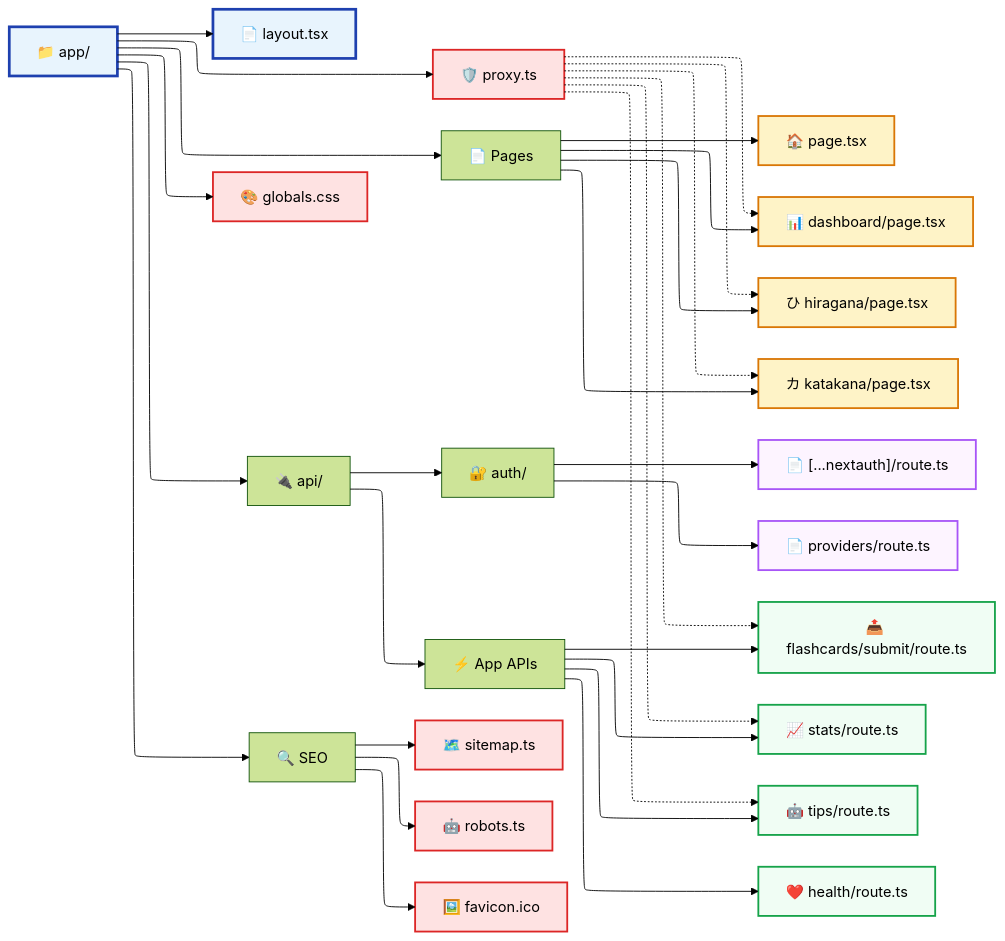
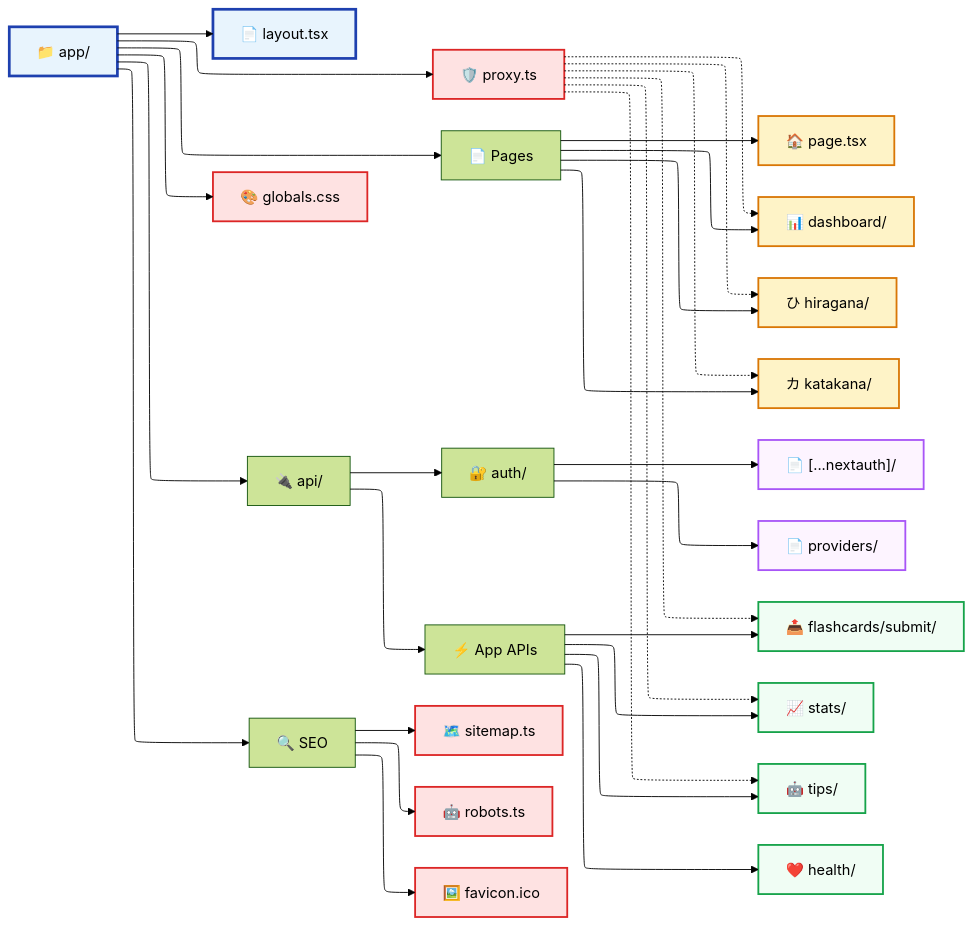
The diagram in docs/mermaid/app.mmd (sakan811/SakuMari), drawn with Mermaid before and after one commit. The commit also changed 3 other files, not shown here.

Commit message:
Update documentation: features and Mermaid diagrams

```diff
--- a/docs/mermaid/app.mmd
+++ b/docs/mermaid/app.mmd
@@ -1,53 +1,53 @@
 ---
 config:
   theme: 'forest'
   defaultRenderer: "elk"
   layout: elk
 ---
 flowchart LR
     AppRoot["📁 app/"]
 
     AppRoot --> RootLayout["📄 layout.tsx"]
     AppRoot --> Proxy["🛡️ proxy.ts"]
     AppRoot --> GlobalCSS["🎨 globals.css"]
 
     AppRoot --> Pages["📄 Pages"]
     Pages --> HomePage["🏠 page.tsx"]
-    Pages --> Dashboard["📊 dashboard/page.tsx"]
-    Pages --> Hiragana["ひ hiragana/page.tsx"]
-    Pages --> Katakana["カ katakana/page.tsx"]
+    Pages --> Dashboard["📊 dashboard/"]
+    Pages --> Hiragana["ひ hiragana/"]
+    Pages --> Katakana["カ katakana/"]
 
     AppRoot --> API["🔌 api/"]
     API --> AuthAPI["🔐 auth/"]
-    AuthAPI --> NextAuth["📄 [...nextauth]/route.ts"]
-    AuthAPI --> Providers["📄 providers/route.ts"]
+    AuthAPI --> NextAuth["📄 [...nextauth]/"]
+    AuthAPI --> Providers["📄 providers/"]
 
     API --> AppAPI["⚡ App APIs"]
-    AppAPI --> SubmitAPI["📤 flashcards/submit/route.ts"]
-    AppAPI --> StatsAPI["📈 stats/route.ts"]
-    AppAPI --> TipsAPI["🤖 tips/route.ts"]
-    AppAPI --> HealthAPI["❤️ health/route.ts"]
+    AppAPI --> SubmitAPI["📤 flashcards/submit/"]
+    AppAPI --> StatsAPI["📈 stats/"]
+    AppAPI --> TipsAPI["🤖 tips/"]
+    AppAPI --> HealthAPI["❤️ health/"]
 
     AppRoot --> SEO["🔍 SEO"]
     SEO --> Sitemap["🗺️ sitemap.ts"]
     SEO --> Robots["🤖 robots.ts"]
     SEO --> Favicon["🖼️ favicon.ico"]
 
     Proxy -.-> Dashboard
     Proxy -.-> Hiragana
     Proxy -.-> Katakana
     Proxy -.-> SubmitAPI
     Proxy -.-> StatsAPI
     Proxy -.-> TipsAPI
 
     classDef rootStructure fill:#e8f4fd,stroke:#1e40af,stroke-width:3px
     classDef pageRoute fill:#fef3c7,stroke:#d97706,stroke-width:2px
     classDef apiRoute fill:#f0fdf4,stroke:#16a34a,stroke-width:2px
     classDef authRoute fill:#fdf4ff,stroke:#a855f7,stroke-width:2px
     classDef globalFile fill:#fee2e2,stroke:#dc2626,stroke-width:2px
 
     class AppRoot,RootLayout rootStructure
     class HomePage,Dashboard,Hiragana,Katakana pageRoute
     class SubmitAPI,StatsAPI,TipsAPI,HealthAPI apiRoute
     class NextAuth,Providers authRoute
     class Proxy,GlobalCSS,Sitemap,Robots,Favicon globalFile
```
